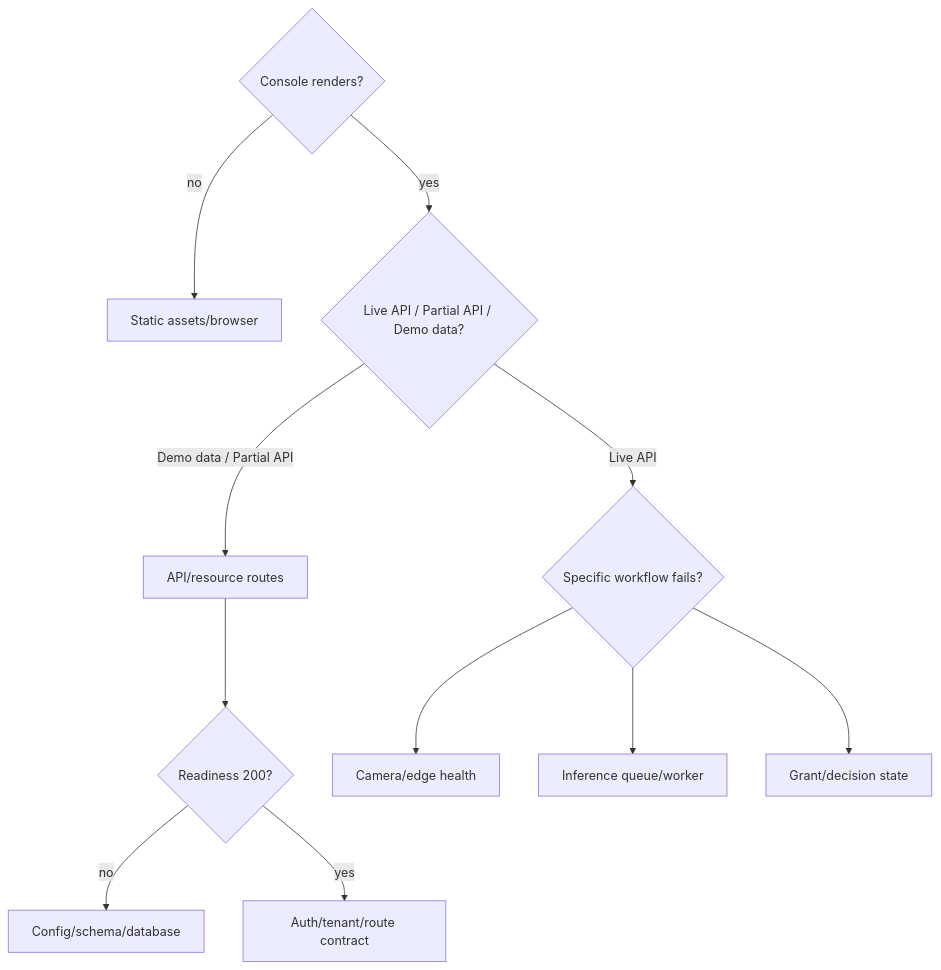
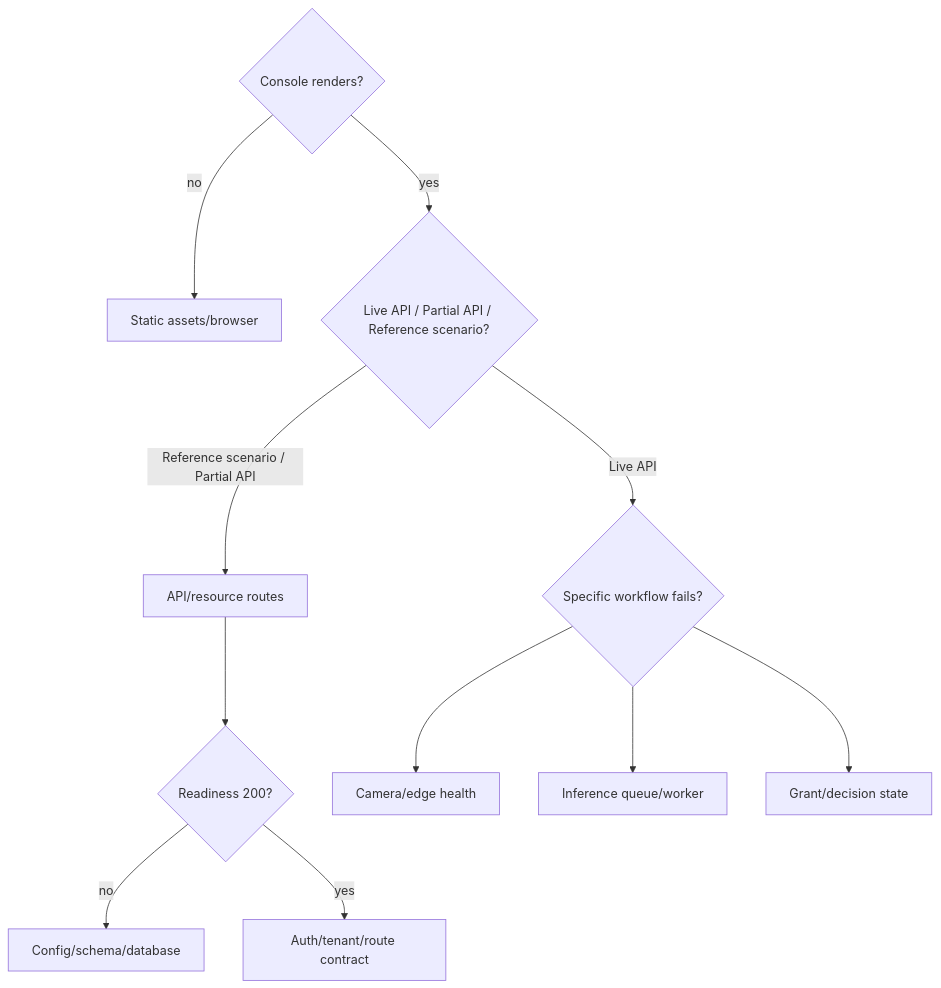
One commit to Mohemed-Amine-Chalhy/number-plate-recognition changed the diagram in docs/platform/troubleshooting.md. Above: the diagram before and after it, drawn with Mermaid. The commit also changed other lines of this file and 20 other files, not shown here.

````diff
--- a/docs/platform/troubleshooting.md
+++ b/docs/platform/troubleshooting.md
@@ -10,14 +10,14 @@
 ```mermaid
 flowchart TD
     UI{Console renders?}
     UI -->|no| Static[Static assets/browser]
-    UI -->|yes| Source{Live API / Partial API / Demo data?}
-    Source -->|Demo data / Partial API| API[API/resource routes]
+    UI -->|yes| Source{Live API / Partial API / Reference scenario?}
+    Source -->|Reference scenario / Partial API| API[API/resource routes]
     Source -->|Live API| Domain{Specific workflow fails?}
     API --> Ready{Readiness 200?}
     Ready -->|no| DB[Config/schema/database]
     Ready -->|yes| Auth[Auth/tenant/route contract]
     Domain --> Camera[Camera/edge health]
     Domain --> Queue[Inference queue/worker]
     Domain --> Policy[Grant/decision state]
 ```
````
